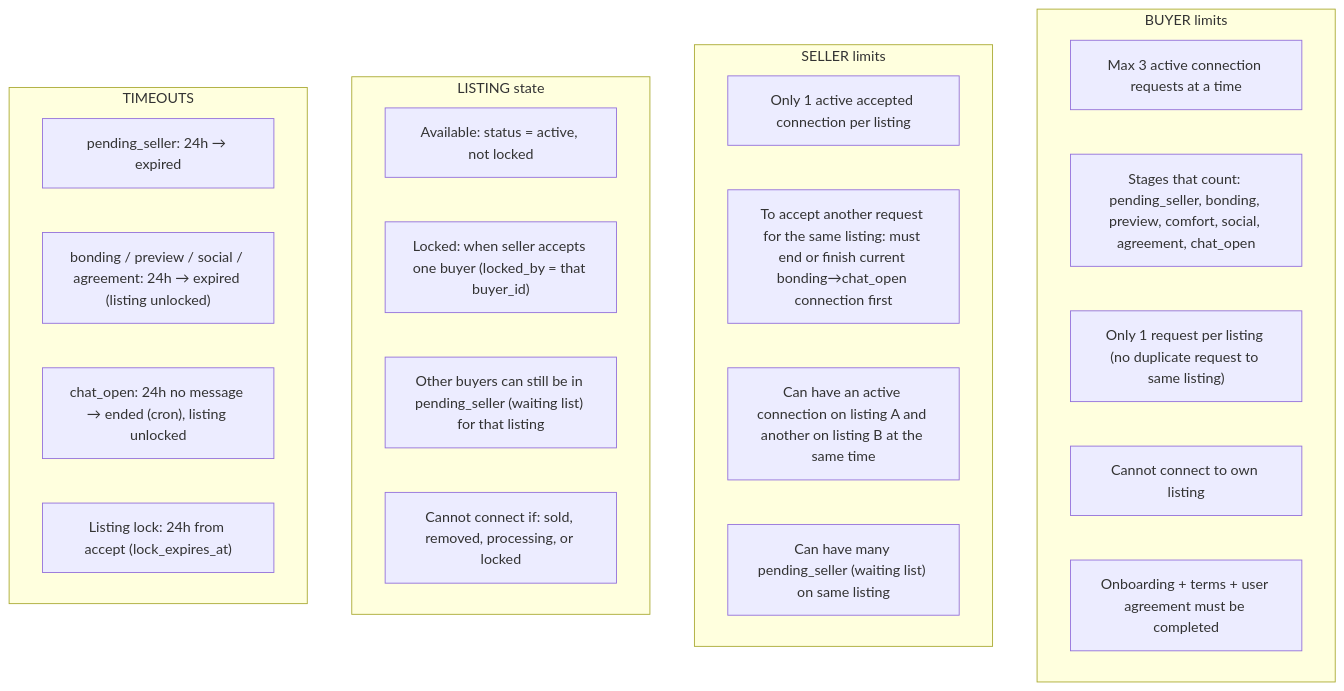
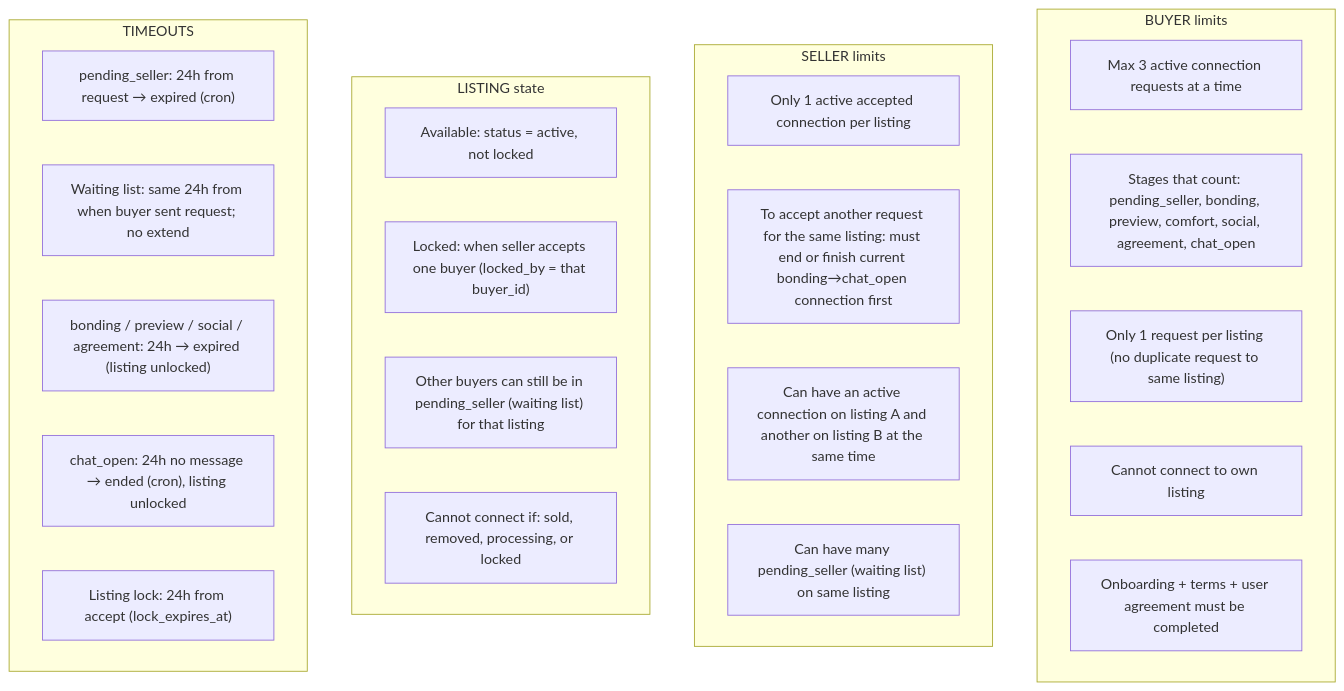
Before and after one commit to hajarachatibi/army-ticket-board: the third of 3 diagrams in docs/connections-flow.md, drawn with Mermaid. The commit also changed other lines of this file and 5 other files, not shown here.

````diff
--- a/docs/connections-flow.md
+++ b/docs/connections-flow.md
@@ -79,31 +79,32 @@
 ```mermaid
 flowchart TB
   subgraph buyer["BUYER limits"]
     B1["Max 3 active connection requests at a time"]
     B2["Stages that count: pending_seller, bonding, preview, comfort, social, agreement, chat_open"]
     B3["Only 1 request per listing (no duplicate request to same listing)"]
     B4["Cannot connect to own listing"]
     B5["Onboarding + terms + user agreement must be completed"]
   end
 
   subgraph seller["SELLER limits"]
     S1["Only 1 active accepted connection per listing"]
     S2["To accept another request for the same listing: must end or finish current bonding→chat_open connection first"]
     S3["Can have an active connection on listing A and another on listing B at the same time"]
     S4["Can have many pending_seller (waiting list) on same listing"]
   end
 
   subgraph listing["LISTING state"]
     L1["Available: status = active, not locked"]
     L2["Locked: when seller accepts one buyer (locked_by = that buyer_id)"]
     L3["Other buyers can still be in pending_seller (waiting list) for that listing"]
     L4["Cannot connect if: sold, removed, processing, or locked"]
   end
 
   subgraph timeouts["TIMEOUTS"]
-    T1["pending_seller: 24h → expired"]
-    T2["bonding / preview / social / agreement: 24h → expired (listing unlocked)"]
-    T3["chat_open: 24h no message → ended (cron), listing unlocked"]
-    T4["Listing lock: 24h from accept (lock_expires_at)"]
+    T1["pending_seller: 24h from request → expired (cron)"]
+    T2["Waiting list: same 24h from when buyer sent request; no extend"]
+    T3["bonding / preview / social / agreement: 24h → expired (listing unlocked)"]
+    T4["chat_open: 24h no message → ended (cron), listing unlocked"]
+    T5["Listing lock: 24h from accept (lock_expires_at)"]
   end
 ```
````
